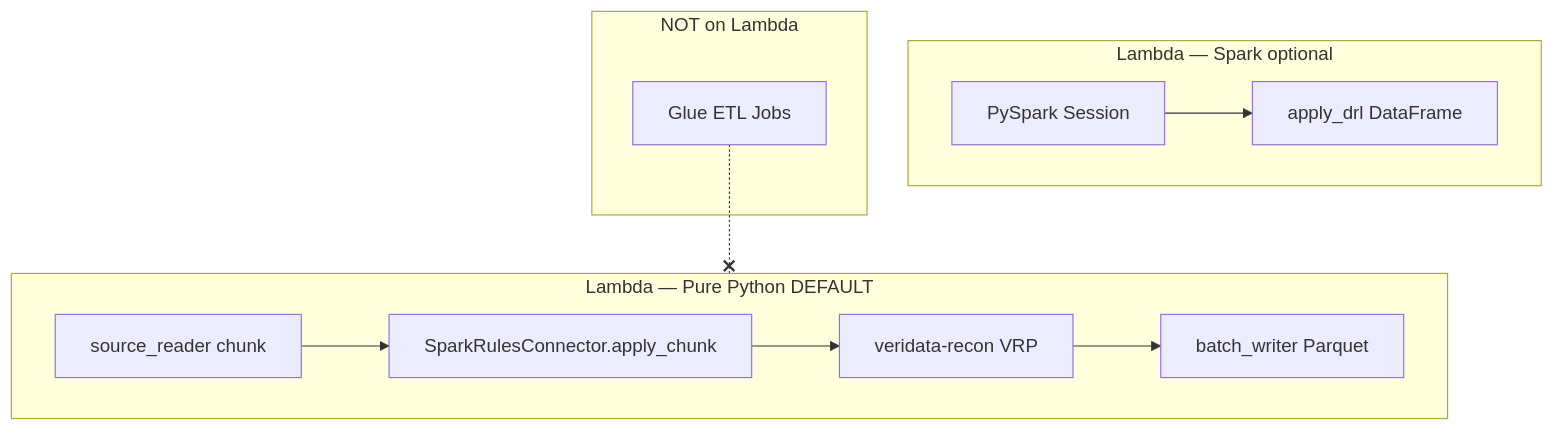
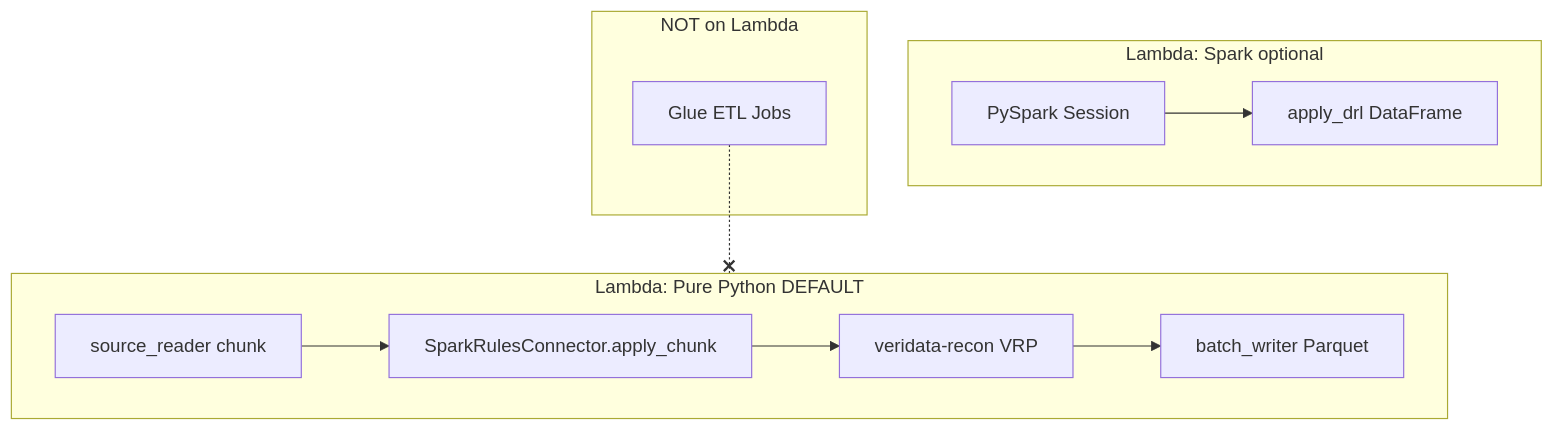
One commit to vaquarkhan/aws-serverless-datamesh-framework changed the first of 2 diagrams in docs/sparkrules-connector.md. Above: the diagram before and after it, drawn with Mermaid. The commit also changed other lines of this file and 30 other files, not shown here.

````diff
--- a/docs/sparkrules-connector.md
+++ b/docs/sparkrules-connector.md
@@ -28,22 +28,22 @@
 ```mermaid
 flowchart TB
-    subgraph lambda_pure [Lambda — Pure Python DEFAULT]
+    subgraph lambda_pure [Lambda: Pure Python DEFAULT]
         SRC[source_reader chunk]
         SR[SparkRulesConnector.apply_chunk]
         VRP[veridata-recon VRP]
         WRT[batch_writer Parquet]
         SRC --> SR --> VRP --> WRT
     end
 
-    subgraph lambda_spark [Lambda — Spark optional]
+    subgraph lambda_spark [Lambda: Spark optional]
         SP[PySpark Session]
         AD[apply_drl DataFrame]
         SP --> AD
     end
 
     subgraph not_lambda [NOT on Lambda]
         GLUE[Glue ETL Jobs]
     end
 
     GLUE -.-x lambda_pure
 ```
````
